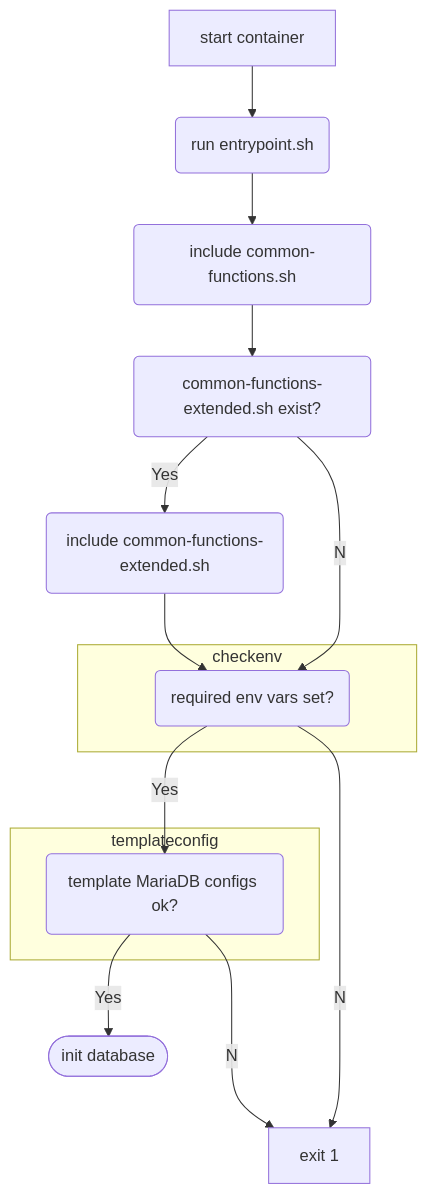
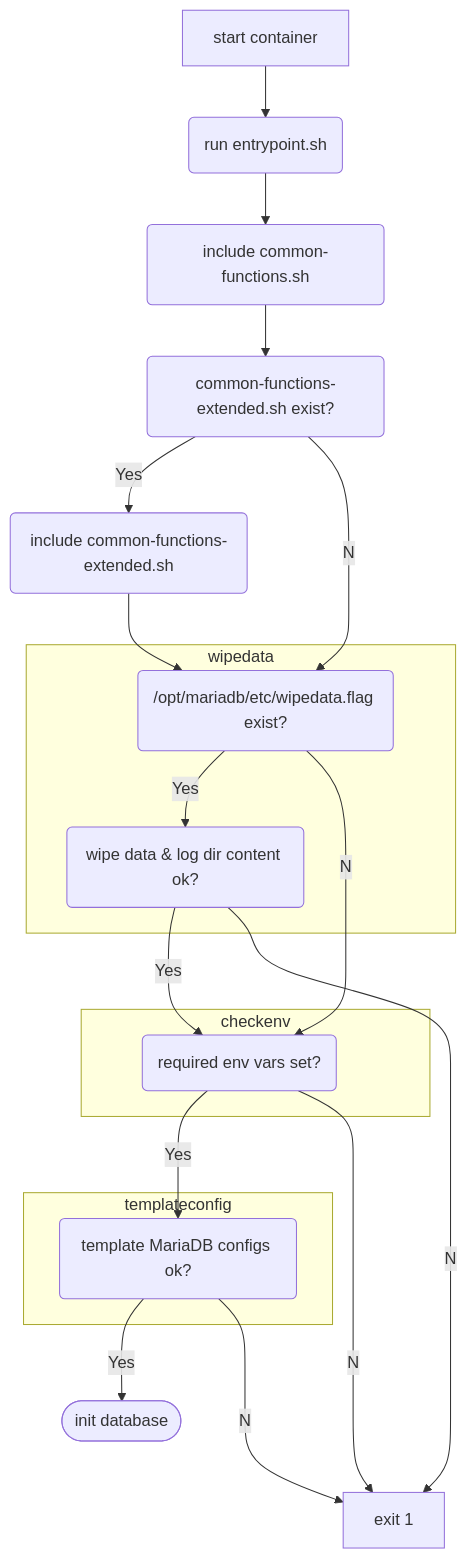
One commit to sapcc/helm-charts changed the first of 5 diagrams in common/mariadb-galera/README.md. Above: the diagram before and after it, drawn with Mermaid. The commit also changed other lines of this file and 7 other files, not shown here.

Commit message:
securityContext default value fixed - .fsGroup and .runAsGroup to avoid filesystem permission errors - wipedata function added to flow chart - types in README fixed - chart version bumped

````diff
--- a/common/mariadb-galera/README.md
+++ b/common/mariadb-galera/README.md
@@ -596,20 +596,27 @@
 ```mermaid
 flowchart TB;
   id1[start container]-->id2(run entrypoint.sh)-->id3(include common-functions.sh)-->id4(common-functions-extended.sh exist?);
   id4--Yes-->id5(include common-functions-extended.sh)-->id6;
   id4--No-->id6;
-  subgraph idsub1 [checkenv]
-    id6(required env vars set?);
+  subgraph idsub1 [wipedata]
+    id6(/opt/mariadb/etc/wipedata.flag exist?);
+    id6--Yes-->id7(wipe data & log dir content ok?);
   end
-  id6--Yes-->id7
-  subgraph idsub2 [templateconfig]
-    id7(template MariaDB configs ok?);
+  id6--No-->id8;
+  id7--Yes-->id8;
+  subgraph idsub2 [checkenv]
+    id8(required env vars set?);
   end
-  id7--Yes-->id8([init database])
-  id6--No-->id666[exit 1];
+  id8--Yes-->id9;
+  subgraph idsub3 [templateconfig]
+    id9(template MariaDB configs ok?);
+  end
+  id9--Yes-->id10([init database])
   id7--No-->id666[exit 1];
+  id8--No-->id666[exit 1];
+  id9--No-->id666[exit 1];
 
 click id2 href "businessbean/helm-charts/blob/master/common/mariadb-galera/mariadb-galera/bin/entrypoint.sh" "Open this in a new tab" _blank;
 click id3 href "businessbean/helm-charts/blob/master/common/mariadb-galera/docker/mariadb-galera/bin/common-functions.sh" "Open this in a new tab" _blank;
 click id4 href "businessbean/helm-charts/blob/master/common/mariadb-galera/helm/scripts/common-functions-extended.sh" "Open this in a new tab" _blank;
 ```
````
